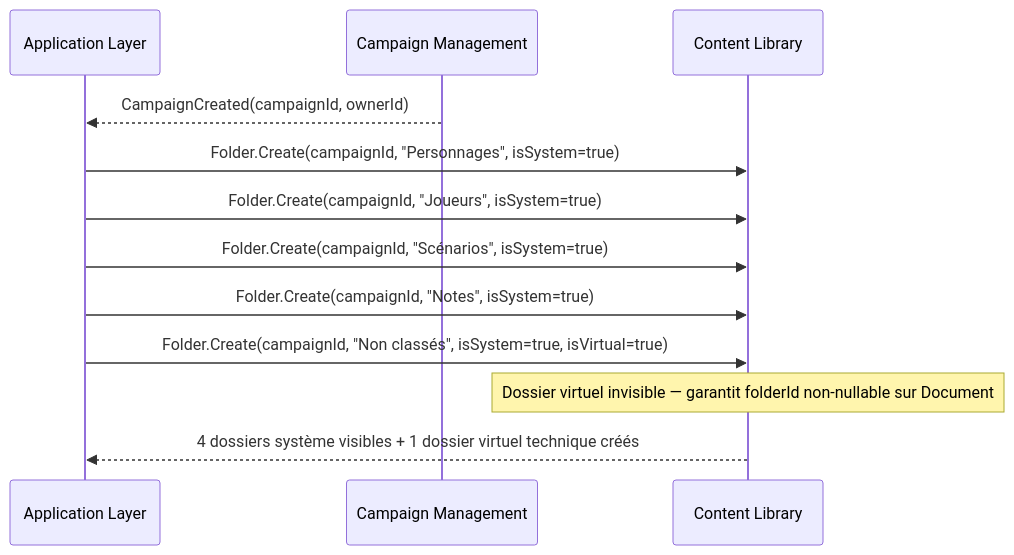
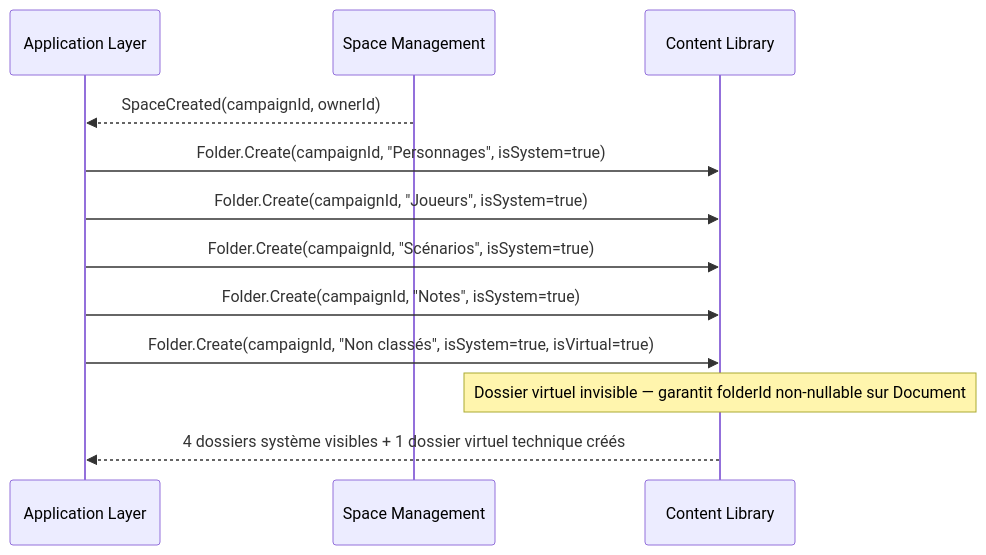
The first of 8 diagrams in docs/conception/domain/diagrams/flows/content-library.md (2025-10-CDA-ECO-P6/PM-micro-saas), drawn with Mermaid before and after one commit. The commit also changed 84 other files, not shown here.

First line of the commit message:
docs(conception): généralisation Campaign→Space + espace personnel (ADR-018)

````diff
--- a/docs/conception/domain/diagrams/flows/content-library.md
+++ b/docs/conception/domain/diagrams/flows/content-library.md
@@ -5,15 +5,15 @@
 ```mermaid
 sequenceDiagram
     participant App as Application Layer
-    participant CM as Campaign Management
+    participant CM as Space Management
     participant CL as Content Library
 
-    CM-->>App: CampaignCreated(campaignId, ownerId)
+    CM-->>App: SpaceCreated(campaignId, ownerId)
     App->>CL: Folder.Create(campaignId, "Personnages", isSystem=true)
     App->>CL: Folder.Create(campaignId, "Joueurs", isSystem=true)
     App->>CL: Folder.Create(campaignId, "Scénarios", isSystem=true)
     App->>CL: Folder.Create(campaignId, "Notes", isSystem=true)
     App->>CL: Folder.Create(campaignId, "Non classés", isSystem=true, isVirtual=true)
     Note over CL: Dossier virtuel invisible — garantit folderId non-nullable sur Document
     CL-->>App: 4 dossiers système visibles + 1 dossier virtuel technique créés
 ```
````
